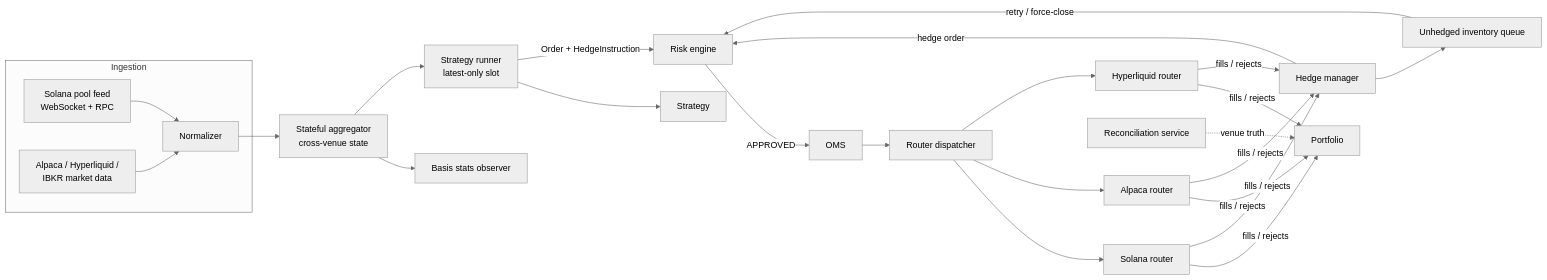
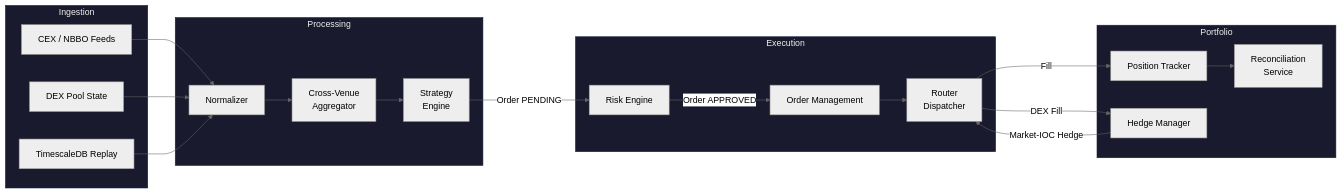
The first of 6 diagrams in README.md (jmenzler/trading-v1-overview), drawn with Mermaid (neutral theme) before and after one commit. The commit also changed other lines of this file, not shown here.

````diff
--- a/README.md
+++ b/README.md
@@ -64,23 +56,44 @@
 ```mermaid
 flowchart LR
     subgraph Ingestion
-        H["Solana pool feed<br/>WebSocket + RPC"] --> N[Normalizer]
-        C["Alpaca / Hyperliquid /<br/>IBKR market data"] --> N
+        CEX[CEX / NBBO Feeds]
+        DEX[DEX Pool State]
+        REPLAY[TimescaleDB Replay]
     end
-    N --> AG["Stateful aggregator<br/>cross-venue state"]
-    AG --> BS[Basis stats observer]
-    AG --> SR["Strategy runner<br/>latest-only slot"]
-    SR --> S[Strategy]
-    SR -->|Order + HedgeInstruction| R[Risk engine]
-    R -->|APPROVED| O[OMS]
-    O --> RD[Router dispatcher]
-    RD --> SOL[Solana router]
-    RD --> ALP[Alpaca router]
-    RD --> HL[Hyperliquid router]
-    SOL & ALP & HL -->|fills / rejects| P[Portfolio]
-    SOL & ALP & HL -->|fills / rejects| HM[Hedge manager]
-    HM -->|hedge order| R
-    HM --> Q[Unhedged inventory queue]
-    Q -->|retry / force-close| R
-    REC[Reconciliation service] -.->|venue truth| P
+
+    subgraph Processing
+        NORM[Normalizer]
+        AGG[Cross-Venue<br/>Aggregator]
+        STRAT[Strategy<br/>Engine]
+    end
+
+    subgraph Execution
+        RISK[Risk Engine]
+        OMS[Order Management]
+        ROUTER[Router<br/>Dispatcher]
+    end
+
+    subgraph Portfolio
+        PORT[Position Tracker]
+        HEDGE[Hedge Manager]
+        RECON[Reconciliation<br/>Service]
+    end
+
+    CEX --> NORM
+    DEX --> NORM
+    REPLAY --> NORM
+    NORM --> AGG
+    AGG --> STRAT
+    STRAT -->|Order PENDING| RISK
+    RISK -->|Order APPROVED| OMS
+    OMS --> ROUTER
+    ROUTER -->|Fill| PORT
+    ROUTER -->|DEX Fill| HEDGE
+    HEDGE -->|Market-IOC Hedge| ROUTER
+    PORT --> RECON
+
+    style Ingestion fill:#1a1a2e,stroke:#16213e,color:#eee
+    style Processing fill:#1a1a2e,stroke:#16213e,color:#eee
+    style Execution fill:#1a1a2e,stroke:#16213e,color:#eee
+    style Portfolio fill:#1a1a2e,stroke:#16213e,color:#eee
 ```
````
